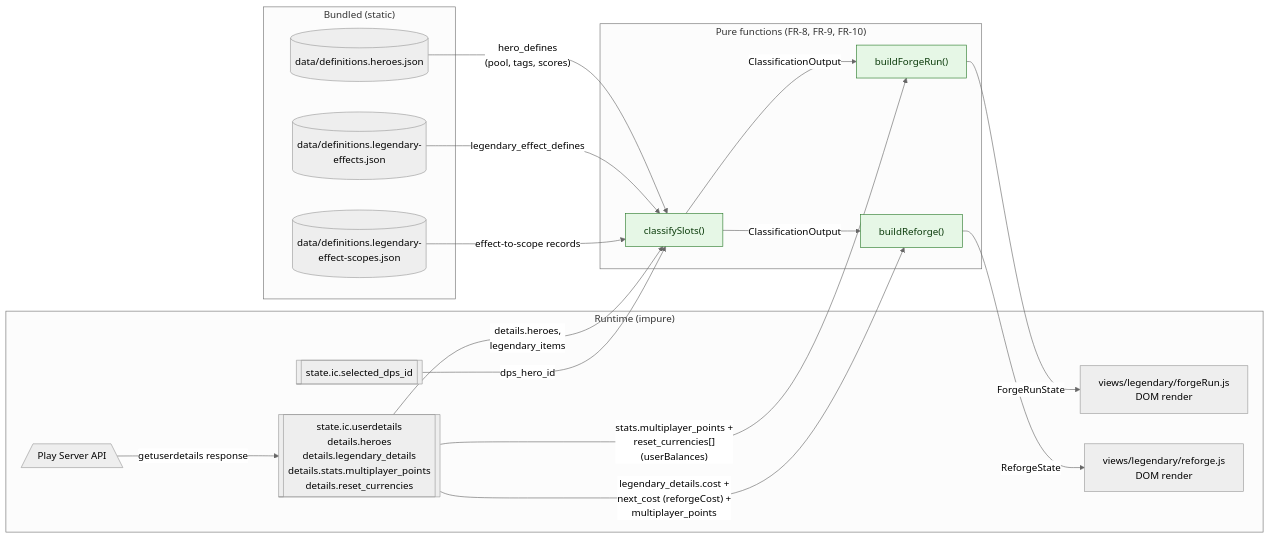
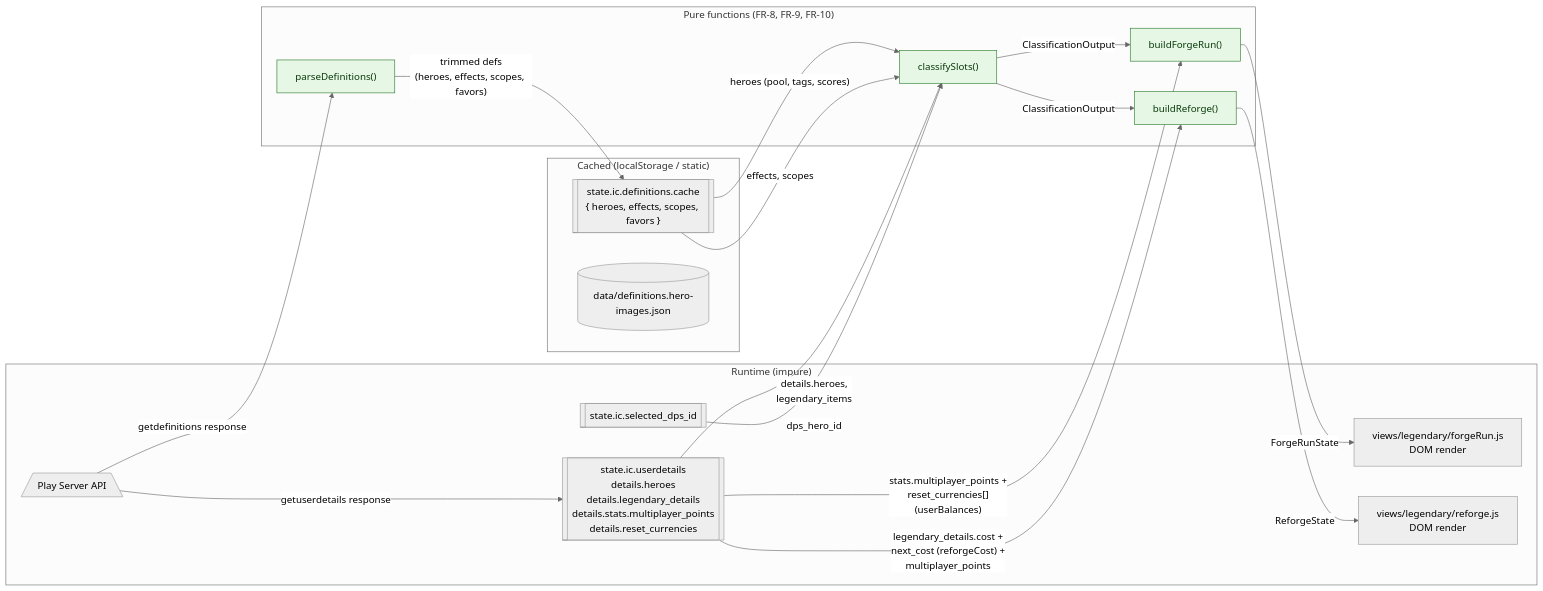
Before and after one commit to chetanddesai/idle-champs: the fourth of 4 diagrams in docs/tech-design-legendary.md, drawn with Mermaid (neutral theme). The commit also changed other lines of this file and 34 other files, not shown here.

````diff
--- a/docs/tech-design-legendary.md
+++ b/docs/tech-design-legendary.md
@@ -304,42 +316,43 @@
 ```mermaid
 flowchart LR
     subgraph Runtime["Runtime (impure)"]
         API[/Play Server API\]
         Userdetails[["state.ic.userdetails<br/>details.heroes<br/>details.legendary_details<br/>details.stats.multiplayer_points<br/>details.reset_currencies"]]
         SelectedDps[["state.ic.selected_dps_id"]]
         ForgeDom["views/legendary/forgeRun.js<br/>DOM render"]
         ReforgeDom["views/legendary/reforge.js<br/>DOM render"]
     end
 
-    subgraph Bundled["Bundled (static)"]
-        Heroes[("data/definitions.heroes.json")]
-        Effects[("data/definitions.legendary-effects.json")]
-        Scopes[("data/definitions.legendary-effect-scopes.json")]
+    subgraph Cached["Cached (localStorage / static)"]
+        DefsCache[["state.ic.definitions.cache<br/>{ heroes, effects, scopes, favors }"]]
+        HeroImg[("data/definitions.hero-images.json")]
     end
 
     subgraph Pure["Pure functions (FR-8, FR-9, FR-10)"]
         Classify["classifySlots()"]
         BuildF["buildForgeRun()"]
         BuildR["buildReforge()"]
+        Parse["parseDefinitions()"]
     end
 
     API -- "getuserdetails response" --> Userdetails
+    API -- "getdefinitions response" --> Parse
+    Parse -- "trimmed defs<br/>(heroes, effects, scopes, favors)" --> DefsCache
 
     Userdetails -- "details.heroes,<br/>legendary_items" --> Classify
-    Heroes -- "hero_defines<br/>(pool, tags, scores)" --> Classify
-    Effects -- "legendary_effect_defines" --> Classify
-    Scopes -- "effect-to-scope records" --> Classify
+    DefsCache -- "heroes (pool, tags, scores)" --> Classify
+    DefsCache -- "effects, scopes" --> Classify
     SelectedDps -- "dps_hero_id" --> Classify
 
     Classify -- "ClassificationOutput" --> BuildF
     Classify -- "ClassificationOutput" --> BuildR
 
     Userdetails -- "stats.multiplayer_points +<br/>reset_currencies[]<br/>(userBalances)" --> BuildF
     Userdetails -- "legendary_details.cost +<br/>next_cost (reforgeCost) +<br/>multiplayer_points" --> BuildR
 
     BuildF -- "ForgeRunState" --> ForgeDom
     BuildR -- "ReforgeState" --> ReforgeDom
 
     classDef pure fill:#e6f7e6,stroke:#2a7a2a,color:#0a3a0a
-    class Classify,BuildF,BuildR pure
+    class Classify,BuildF,BuildR,Parse pure
 ```
````
